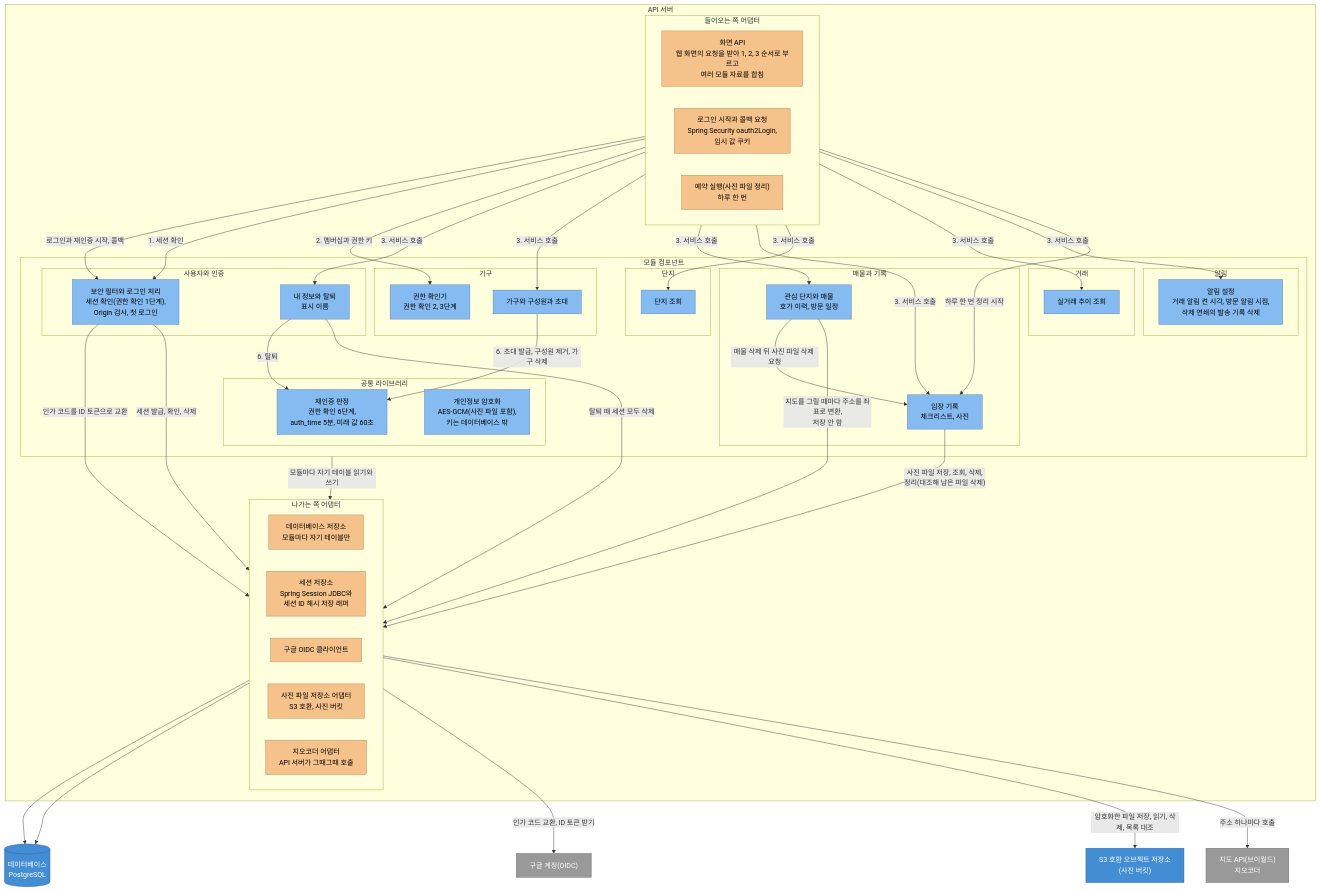
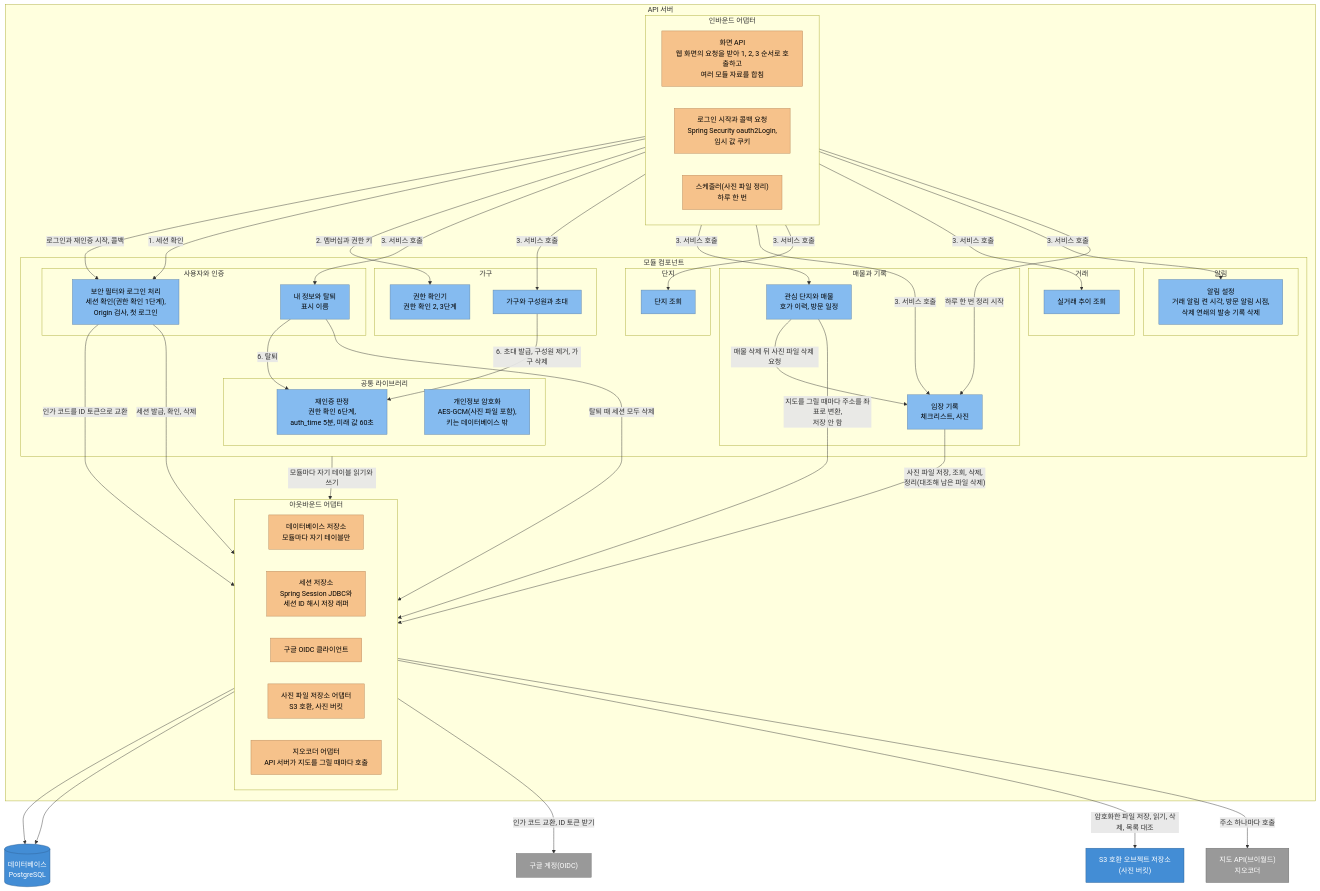
One commit to Park-Seung-Hun/real-estate changed the first of 3 diagrams in docs/architecture/c4-component.md. Above: the diagram before and after it, drawn with Mermaid. The commit also changed other lines of this file and 22 other files, not shown here.

```diff
--- a/docs/architecture/c4-component.md
+++ b/docs/architecture/c4-component.md
@@ -84,11 +84,11 @@
 %%{init: {'flowchart': {'wrappingWidth': 260}}}%%
 flowchart TB
   subgraph api["API 서버"]
-    subgraph inbound["들어오는 쪽 어댑터"]
+    subgraph inbound["인바운드 어댑터"]
       direction LR
-      inApi["화면 API<br/>웹 화면의 요청을 받아 1, 2, 3 순서로 부르고<br/>여러 모듈 자료를 합침"]
+      inApi["화면 API<br/>웹 화면의 요청을 받아 1, 2, 3 순서로 호출하고<br/>여러 모듈 자료를 합침"]
       inLogin["로그인 시작과 콜백 요청<br/>Spring Security oauth2Login,<br/>임시 값 쿠키"]
-      inClean["예약 실행(사진 파일 정리)<br/>하루 한 번"]
+      inClean["스케줄러(사진 파일 정리)<br/>하루 한 번"]
     end
 
     subgraph mods["모듈 컴포넌트"]
@@ -119,13 +119,13 @@
       end
     end
 
-    subgraph outbound["나가는 쪽 어댑터"]
+    subgraph outbound["아웃바운드 어댑터"]
       direction LR
       outDb["데이터베이스 저장소<br/>모듈마다 자기 테이블만"]
       outSession["세션 저장소<br/>Spring Session JDBC와<br/>세션 ID 해시 저장 래퍼"]
       outOidc["구글 OIDC 클라이언트"]
       outPhoto["사진 파일 저장소 어댑터<br/>S3 호환, 사진 버킷"]
-      outGeo["지오코더 어댑터<br/>API 서버가 그때그때 호출"]
+      outGeo["지오코더 어댑터<br/>API 서버가 지도를 그릴 때마다 호출"]
     end
   end
 
```
